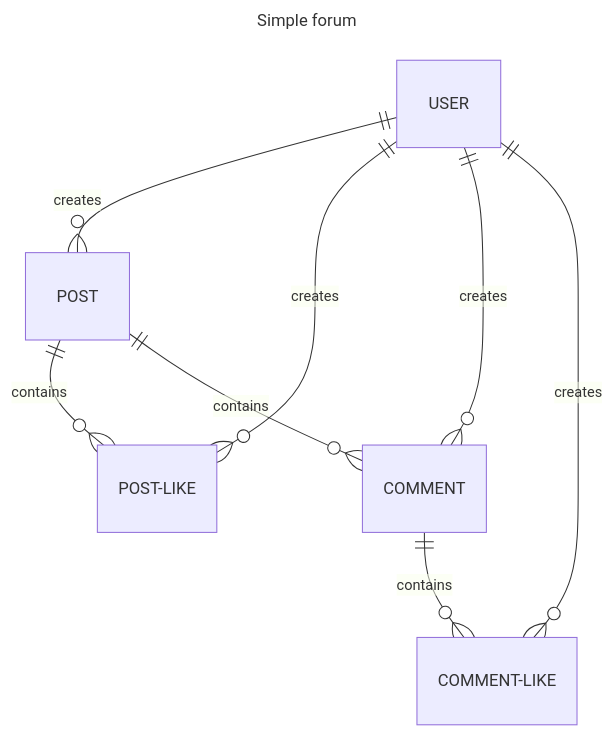
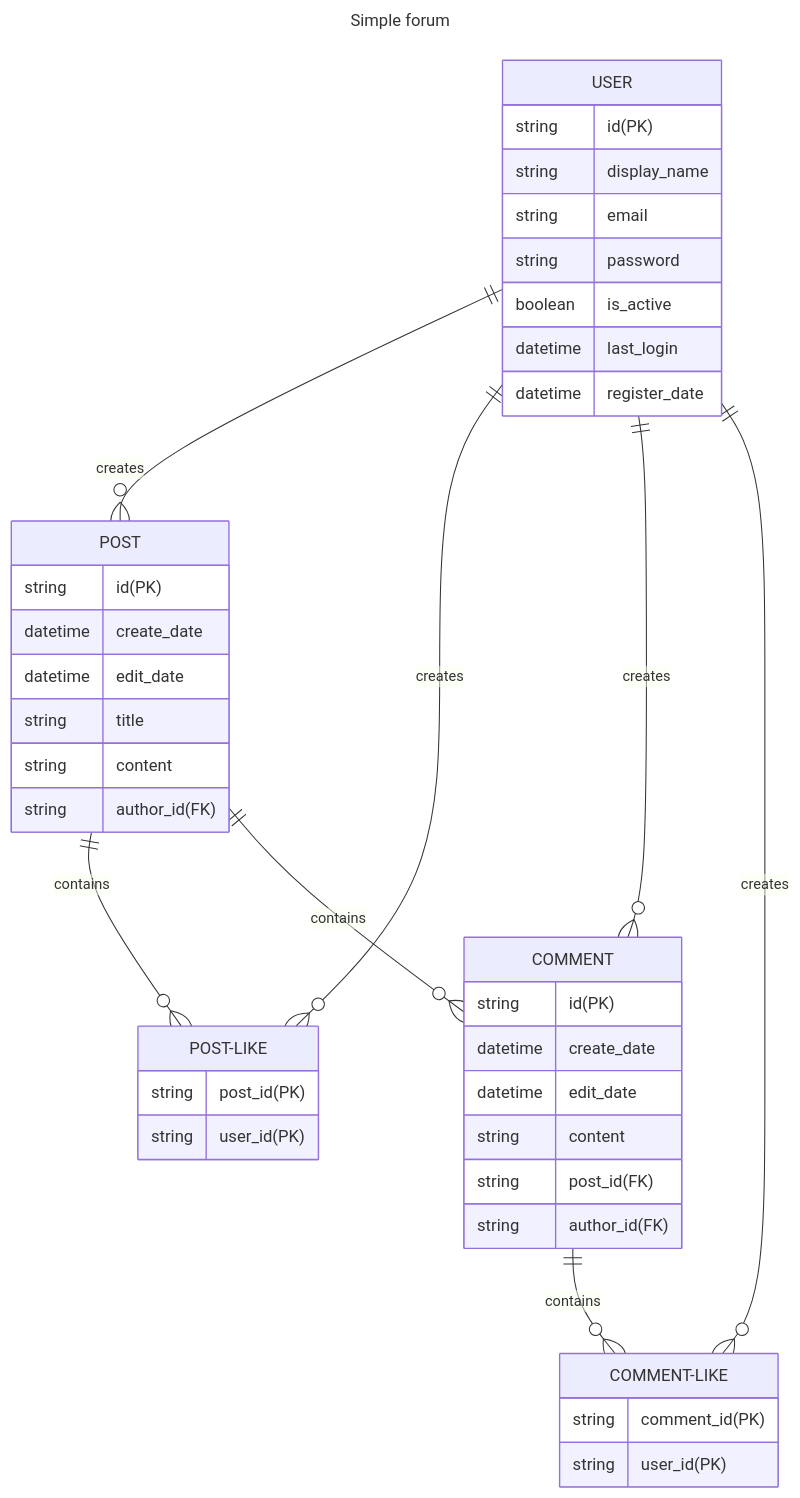
Before and after one commit to nonamecho/simple-forum-db: the diagram in README.md, drawn with Mermaid.

````diff
--- a/README.md
+++ b/README.md
@@ -1,13 +1,46 @@
 ```mermaid
 ---
 title: Simple forum
 ---
 erDiagram
+    USER{
+        string id(PK)
+        string display_name
+        string email
+        string password
+        boolean is_active
+        datetime last_login
+        datetime register_date
+    }
     USER ||--o{ POST : creates
     USER ||--o{ POST-LIKE : creates
     USER ||--o{ COMMENT : creates
     USER ||--o{ COMMENT-LIKE : creates
+    POST{
+        string id(PK)
+        datetime create_date
+        datetime edit_date
+        string title
+        string content
+        string author_id(FK) 
+    }
+    POST-LIKE{
+        string post_id(PK)
+        string user_id(PK)
+    }
     POST ||--o{ POST-LIKE : contains
+    COMMENT{
+        string id(PK)
+        datetime create_date
+        datetime edit_date
+        string content
+        string post_id(FK)
+        string author_id(FK) 
+    }
+    COMMENT-LIKE{
+        string comment_id(PK)
+        string user_id(PK)
+    }
     POST ||--o{ COMMENT : contains
     COMMENT ||--o{ COMMENT-LIKE : contains
 ```
````
